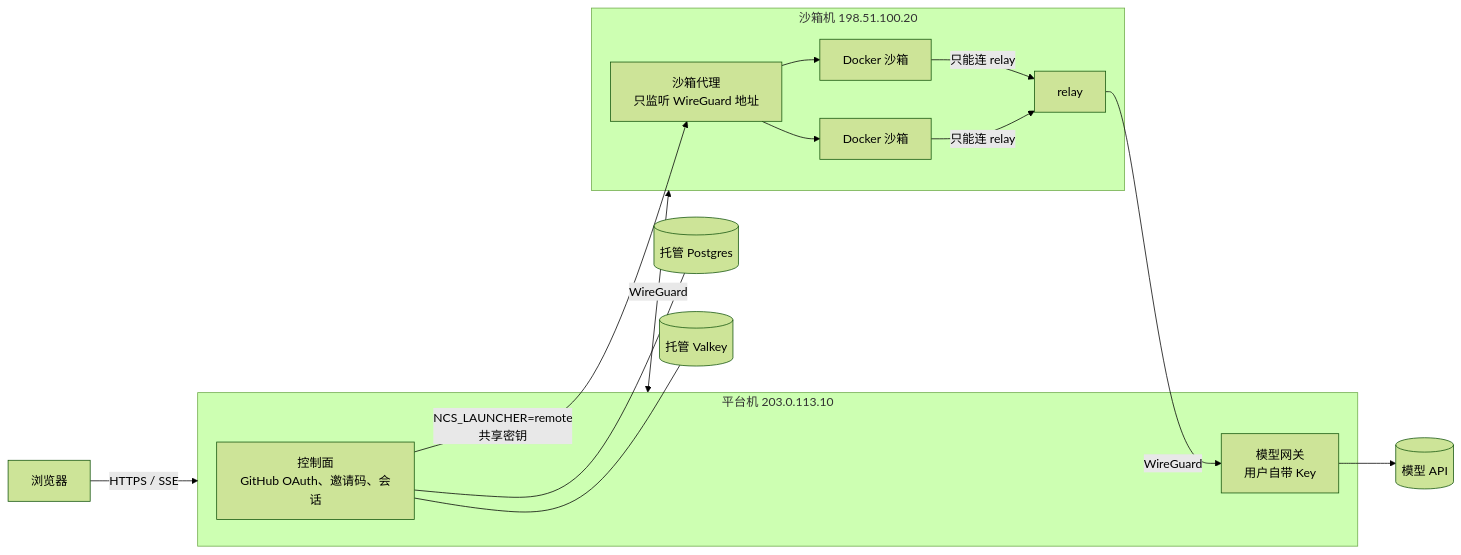
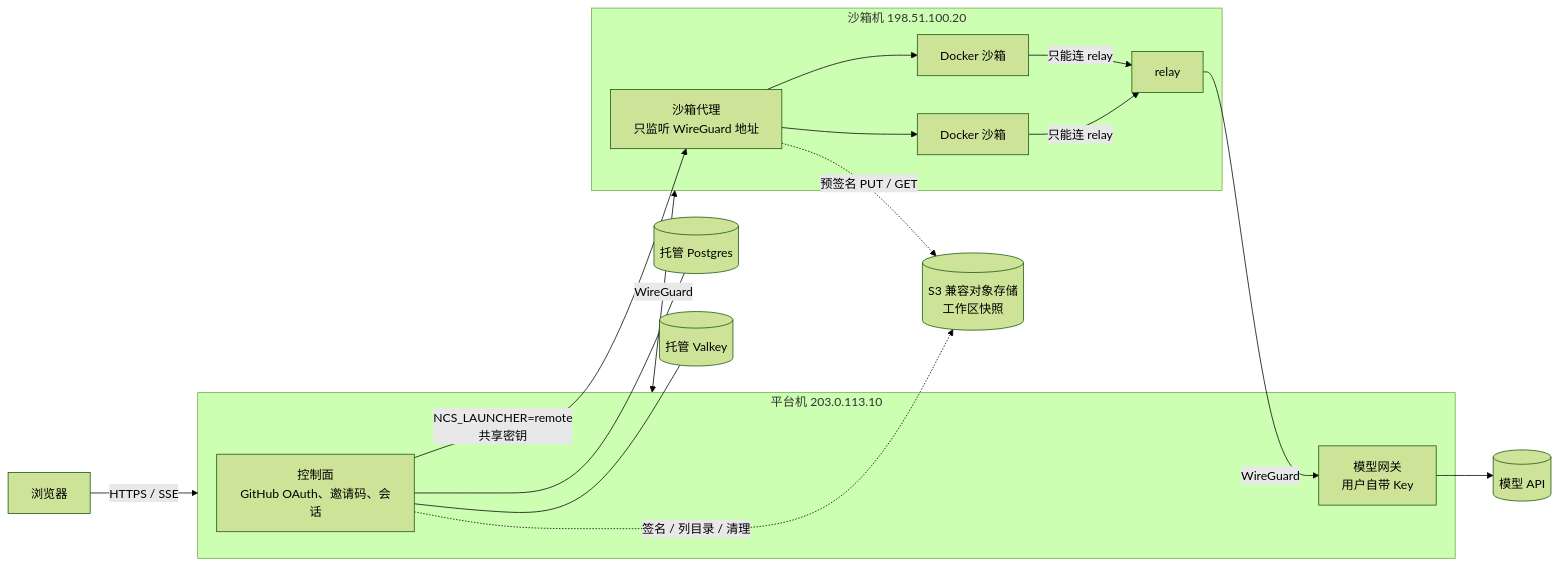
Before and after one commit to mbaiagent/nanocode: the sixth of 6 diagrams in docs/cloud-agent-architecture.md, drawn with Mermaid (forest theme). The commit also changed other lines of this file and 22 other files, not shown here.

First line of the commit message:
feat(server): 工作区快照——S3 兼容对象存储、预签名上传、安全恢复

````diff
--- a/docs/cloud-agent-architecture.md
+++ b/docs/cloud-agent-architecture.md
@@ -294,22 +306,24 @@
 ```mermaid
 flowchart LR
     U[浏览器] -->|HTTPS / SSE| P
     subgraph P[平台机 203.0.113.10]
         CP[控制面<br/>GitHub OAuth、邀请码、会话]
         GW[模型网关<br/>用户自带 Key]
     end
     subgraph S[沙箱机 198.51.100.20]
         AG[沙箱代理<br/>只监听 WireGuard 地址]
         RL[relay]
         D1[Docker 沙箱]
         D2[Docker 沙箱]
     end
     P <-->|WireGuard| S
     CP -->|NCS_LAUNCHER=remote<br/>共享密钥| AG
     AG --> D1 & D2
     D1 & D2 -->|只能连 relay| RL
     RL -->|WireGuard| GW
     GW --> LLM[(模型 API)]
     CP --- PG[(托管 Postgres)]
     CP --- RD[(托管 Valkey)]
+    CP -.->|签名 / 列目录 / 清理| OBJ[(S3 兼容对象存储<br/>工作区快照)]
+    AG -.->|预签名 PUT / GET| OBJ
 ```
````
